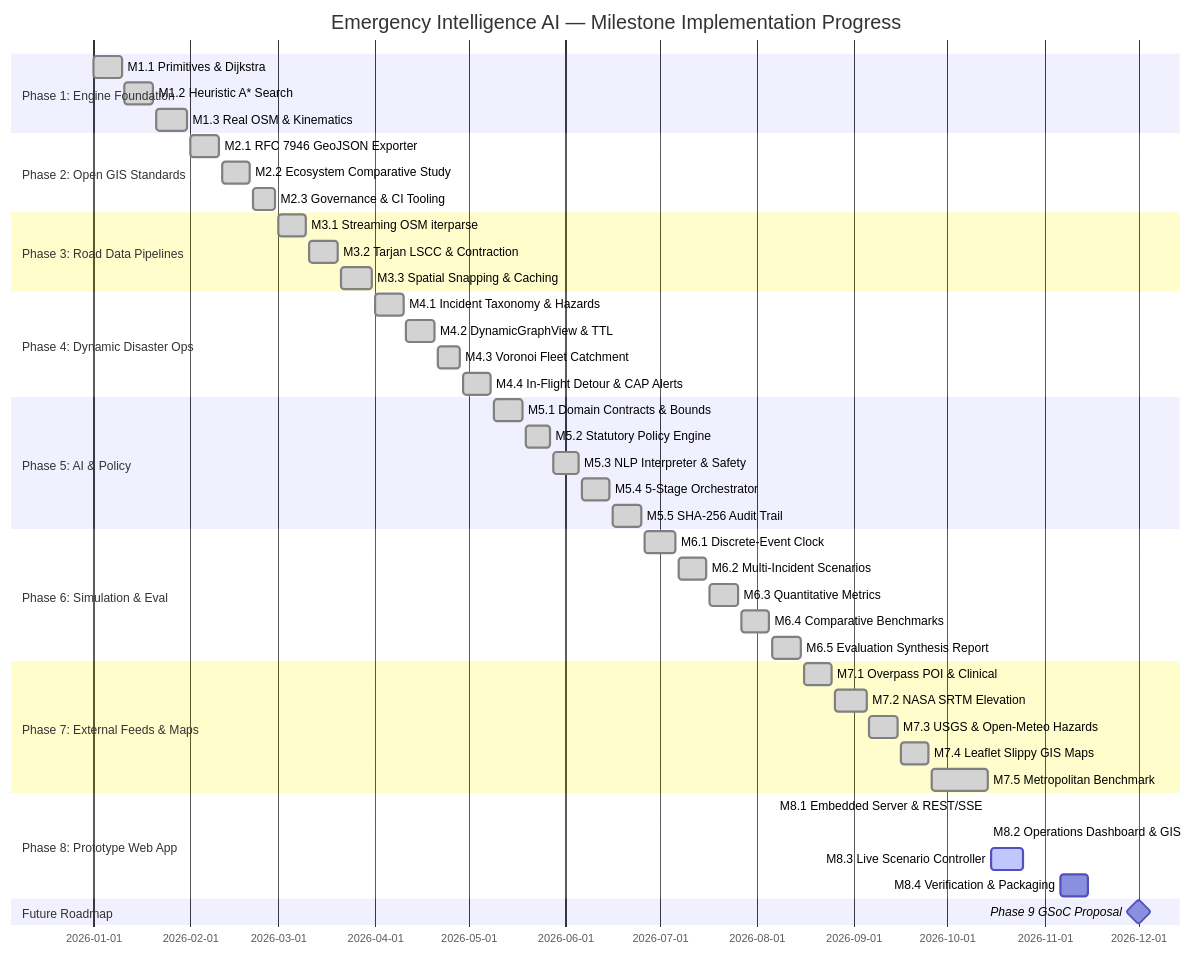
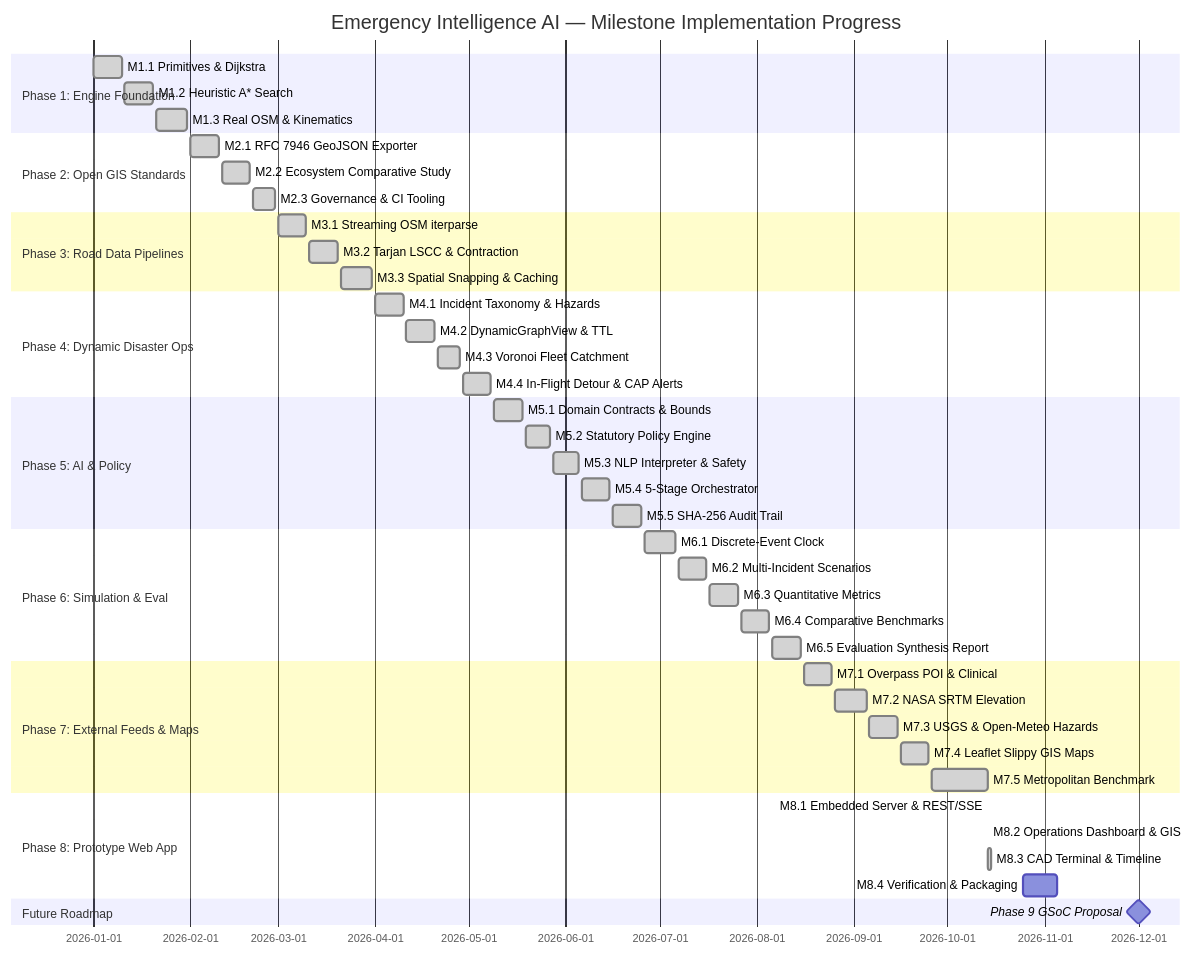
The diagram in updates.md (Akshay-18253/Emergency-Intelligence-AI), drawn with Mermaid before and after one commit. The commit also changed other lines of this file and 16 other files, not shown here.

Commit message:
feat(app): implement Milestone 8.3 CAD terminal, Web Audio alerting & simulation timeline controller

````diff
--- a/updates.md
+++ b/updates.md
@@ -86,47 +87,47 @@
 ```mermaid
 gantt
     title Emergency Intelligence AI — Milestone Implementation Progress
     dateFormat  YYYY-MM-DD
     section Phase 1: Engine Foundation
     M1.1 Primitives & Dijkstra       :done, p1_1, 2026-01-01, 2026-01-10
     M1.2 Heuristic A* Search        :done, p1_2, 2026-01-11, 2026-01-20
     M1.3 Real OSM & Kinematics       :done, p1_3, 2026-01-21, 2026-01-31
     section Phase 2: Open GIS Standards
     M2.1 RFC 7946 GeoJSON Exporter   :done, p2_1, 2026-02-01, 2026-02-10
     M2.2 Ecosystem Comparative Study :done, p2_2, 2026-02-11, 2026-02-20
     M2.3 Governance & CI Tooling     :done, p2_3, 2026-02-21, 2026-02-28
     section Phase 3: Road Data Pipelines
     M3.1 Streaming OSM iterparse     :done, p3_1, 2026-03-01, 2026-03-10
     M3.2 Tarjan LSCC & Contraction   :done, p3_2, 2026-03-11, 2026-03-20
     M3.3 Spatial Snapping & Caching  :done, p3_3, 2026-03-21, 2026-03-31
     section Phase 4: Dynamic Disaster Ops
     M4.1 Incident Taxonomy & Hazards :done, p4_1, 2026-04-01, 2026-04-10
     M4.2 DynamicGraphView & TTL      :done, p4_2, 2026-04-11, 2026-04-20
     M4.3 Voronoi Fleet Catchment     :done, p4_3, 2026-04-21, 2026-04-28
     M4.4 In-Flight Detour & CAP Alerts:done, p4_4, 2026-04-29, 2026-05-08
     section Phase 5: AI & Policy
     M5.1 Domain Contracts & Bounds   :done, p5_1, 2026-05-09, 2026-05-18
     M5.2 Statutory Policy Engine     :done, p5_2, 2026-05-19, 2026-05-27
     M5.3 NLP Interpreter & Safety    :done, p5_3, 2026-05-28, 2026-06-05
     M5.4 5-Stage Orchestrator        :done, p5_4, 2026-06-06, 2026-06-15
     M5.5 SHA-256 Audit Trail         :done, p5_5, 2026-06-16, 2026-06-25
     section Phase 6: Simulation & Eval
     M6.1 Discrete-Event Clock        :done, p6_1, 2026-06-26, 2026-07-06
     M6.2 Multi-Incident Scenarios    :done, p6_2, 2026-07-07, 2026-07-16
     M6.3 Quantitative Metrics        :done, p6_3, 2026-07-17, 2026-07-26
     M6.4 Comparative Benchmarks      :done, p6_4, 2026-07-27, 2026-08-05
     M6.5 Evaluation Synthesis Report :done, p6_5, 2026-08-06, 2026-08-15
     section Phase 7: External Feeds & Maps
     M7.1 Overpass POI & Clinical     :done, p7_1, 2026-08-16, 2026-08-25
     M7.2 NASA SRTM Elevation         :done, p7_2, 2026-08-26, 2026-09-05
     M7.3 USGS & Open-Meteo Hazards   :done, p7_3, 2026-09-06, 2026-09-15
     M7.4 Leaflet Slippy GIS Maps     :done, p7_4, 2026-09-16, 2026-09-25
     M7.5 Metropolitan Benchmark      :done, p7_5, 2026-09-26, 2026-10-14
     section Phase 8: Prototype Web App
     M8.1 Embedded Server & REST/SSE  :done, p8_1, 2026-10-14, 2026-10-14
     M8.2 Operations Dashboard & GIS  :done, p8_2, 2026-10-14, 2026-10-14
-    M8.3 Live Scenario Controller    :active, p8_3, 2026-10-15, 2026-10-25
-    M8.4 Verification & Packaging    :p8_4, 2026-11-06, 2026-11-15
+    M8.3 CAD Terminal & Timeline     :done, p8_3, 2026-10-14, 2026-10-15
+    M8.4 Verification & Packaging    :p8_4, 2026-10-25, 2026-11-05
     section Future Roadmap
     Phase 9 GSoC Proposal            :milestone, p9, 2026-12-01, 2026-12-01
 ```
````
